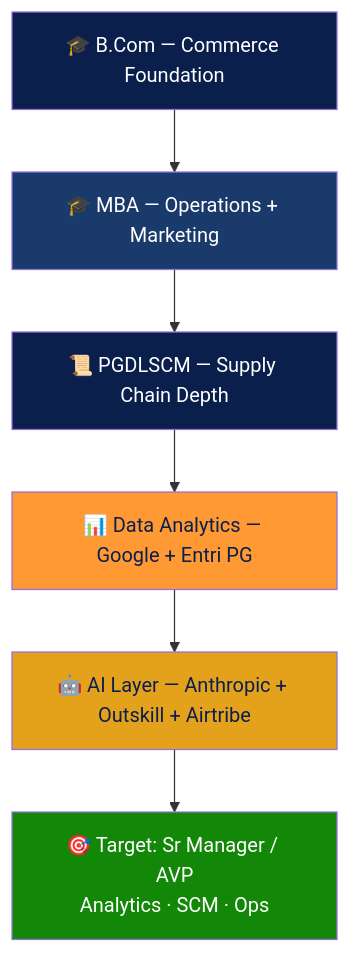
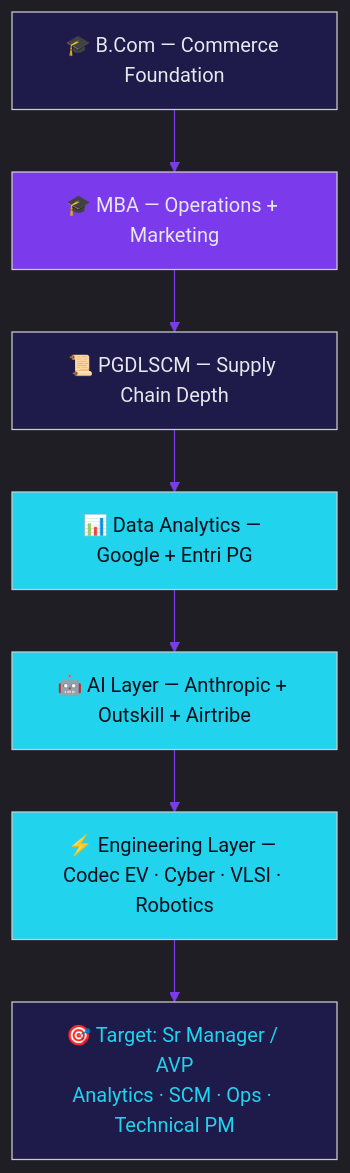
Before and after one commit to Eswar5313/Eswar5313: the diagram in EDUCATION.md, drawn with Mermaid. The commit also changed other lines of this file, not shown here.

````diff
--- a/EDUCATION.md
+++ b/EDUCATION.md
@@ -59,14 +63,17 @@
 ```mermaid
+%%{init: {'theme':'dark','themeVariables':{'primaryColor':'#1E1B4B','primaryTextColor':'#E5E7EB','primaryBorderColor':'#22D3EE','lineColor':'#7C3AED','cScale0':'#7C3AED','cScale1':'#22D3EE','cScale2':'#F472B6','cScale3':'#34D399','pie1':'#7C3AED','pie2':'#22D3EE','pie3':'#F472B6','pie4':'#34D399','pie5':'#A78BFA','pie6':'#FBBF24'}}}%%
 flowchart TD
     A[🎓 B.Com — Commerce Foundation] --> B[🎓 MBA — Operations + Marketing]
     B --> C[📜 PGDLSCM — Supply Chain Depth]
     C --> D[📊 Data Analytics — Google + Entri PG]
     D --> E[🤖 AI Layer — Anthropic + Outskill + Airtribe]
-    E --> F[🎯 Target: Sr Manager / AVP<br/>Analytics · SCM · Ops]
-    style A fill:#0B1F4D,color:#fff
-    style B fill:#1a3a6b,color:#fff
-    style C fill:#0B1F4D,color:#fff
-    style D fill:#FF9933,color:#0B1F4D
-    style E fill:#E4A11B,color:#0B1F4D
-    style F fill:#138808,color:#fff
+    E --> G[⚡ Engineering Layer — Codec EV · Cyber · VLSI · Robotics]
+    G --> F[🎯 Target: Sr Manager / AVP\nAnalytics · SCM · Ops · Technical PM]
+    style A fill:#1E1B4B,color:#E5E7EB
+    style B fill:#7C3AED,color:#E5E7EB
+    style C fill:#1E1B4B,color:#E5E7EB
+    style D fill:#22D3EE,color:#0B0F1A
+    style E fill:#22D3EE,color:#0B0F1A
+    style G fill:#22D3EE,color:#0B0F1A
+    style F fill:#1E1B4B,color:#22D3EE
 ```
````
